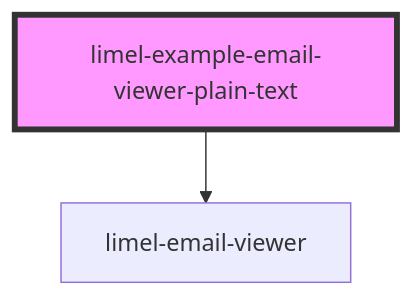
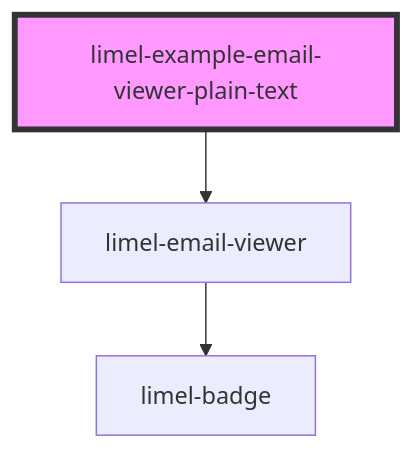
One commit to Lundalogik/lime-elements changed the diagram in versions/PR-3783/markdown-docs/components/email-viewer/examples/readme.md. Above: the diagram before and after it, drawn with Mermaid. The commit also changed 39 other files, not shown here.

````diff
--- a/versions/PR-3783/markdown-docs/components/email-viewer/examples/readme.md
+++ b/versions/PR-3783/markdown-docs/components/email-viewer/examples/readme.md
@@ -22,5 +22,6 @@
 ```mermaid
 graph TD;
   limel-example-email-viewer-plain-text --> limel-email-viewer
+  limel-email-viewer --> limel-badge
   style limel-example-email-viewer-plain-text fill:#f9f,stroke:#333,stroke-width:4px
 ```
````
